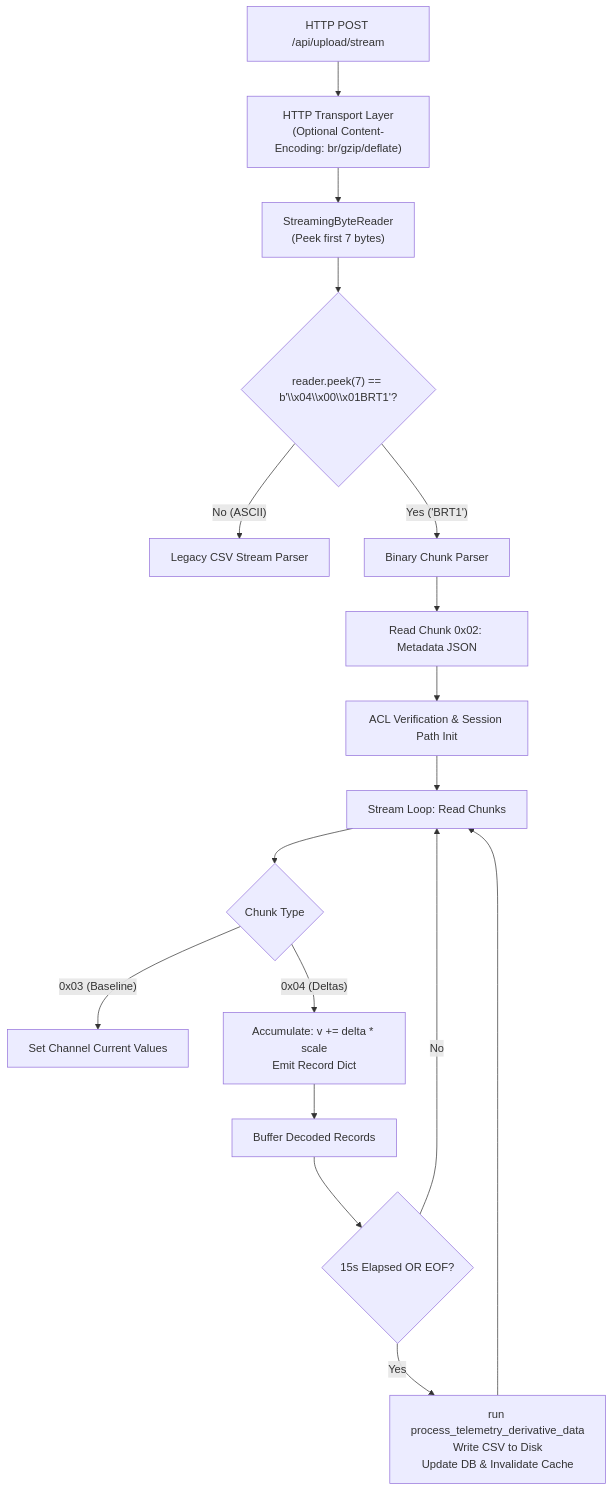
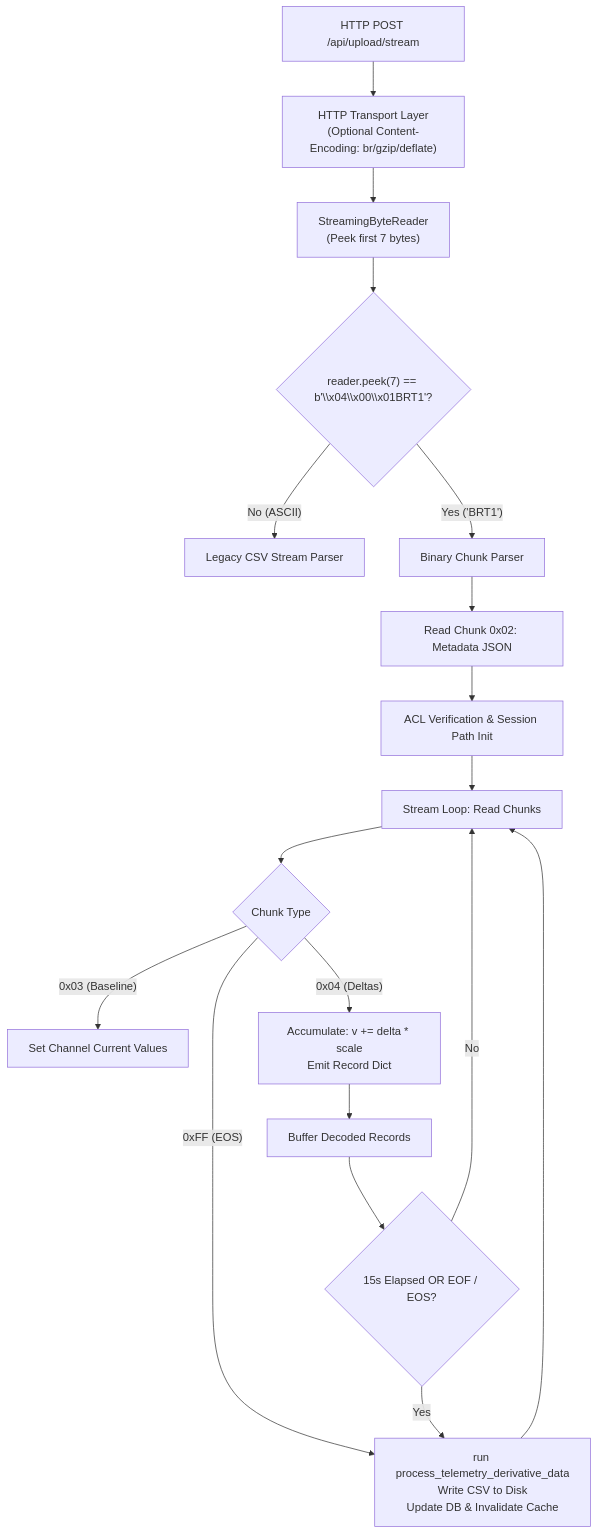
The diagram in doc/BINARY_UPLOAD_PROTOCOL.md (kibergus/brbrdb), drawn with Mermaid before and after one commit. The commit also changed other lines of this file and 4 other files, not shown here.

````diff
--- a/doc/BINARY_UPLOAD_PROTOCOL.md
+++ b/doc/BINARY_UPLOAD_PROTOCOL.md
@@ -155,23 +165,24 @@
 ```mermaid
 flowchart TD
     A["HTTP POST /api/upload/stream"] --> B["HTTP Transport Layer\n(Optional Content-Encoding: br/gzip/deflate)"]
     B --> C["StreamingByteReader\n(Peek first 7 bytes)"]
     
     C --> D{"reader.peek(7) == b'\\x04\\x00\\x01BRT1'?"}
     D -- "No (ASCII)" --> E["Legacy CSV Stream Parser"]
     D -- "Yes ('BRT1')" --> F["Binary Chunk Parser"]
     
     F --> G["Read Chunk 0x02: Metadata JSON"]
     G --> H["ACL Verification & Session Path Init"]
     
     H --> I["Stream Loop: Read Chunks"]
     I --> J{"Chunk Type"}
     J -- "0x03 (Baseline)" --> K["Set Channel Current Values"]
     J -- "0x04 (Deltas)" --> L["Accumulate: v += delta * scale\nEmit Record Dict"]
+    J -- "0xFF (EOS)" --> P
     
     L --> N["Buffer Decoded Records"]
-    N --> O{"15s Elapsed OR EOF?"}
+    N --> O{"15s Elapsed OR EOF / EOS?"}
     O -- "No" --> I
     O -- "Yes" --> P["run process_telemetry_derivative_data\nWrite CSV to Disk\nUpdate DB & Invalidate Cache"]
     P --> I
 ```
````
